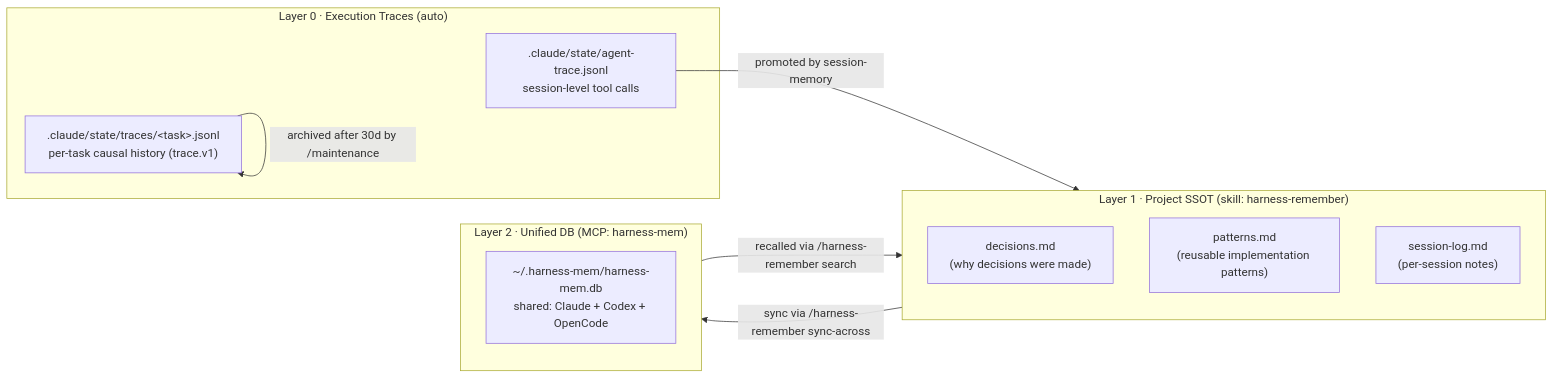
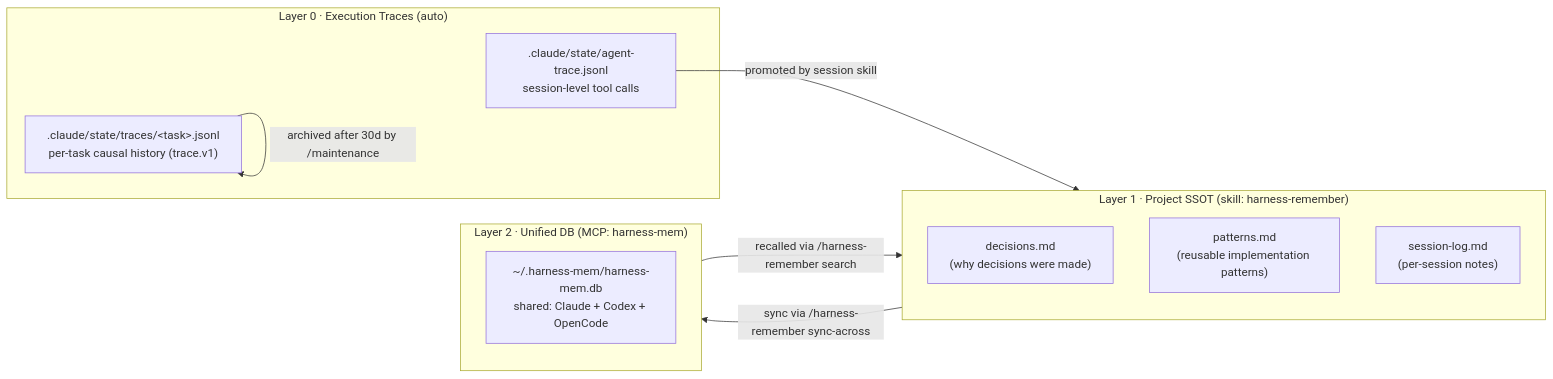
One commit to tim-hub/powerball-harness changed the fourth of 4 diagrams in harness/README.md. Above: the diagram before and after it, drawn with Mermaid. The commit also changed other lines of this file and 1 other file, not shown here.

Commit message:
chore: remove stale skill references from catalog — principles, session-state, session-memory never existed

````diff
--- a/harness/README.md
+++ b/harness/README.md
@@ -190,20 +190,20 @@
 ```mermaid
 flowchart LR
     subgraph L0["Layer 0 · Execution Traces (auto)"]
         AT[".claude/state/agent-trace.jsonl\nsession-level tool calls"]
         TT[".claude/state/traces/&lt;task&gt;.jsonl\nper-task causal history (trace.v1)"]
     end
     subgraph L1["Layer 1 · Project SSOT (skill: harness-remember)"]
         DEC2["decisions.md\n(why decisions were made)"]
         PAT["patterns.md\n(reusable implementation patterns)"]
         SL["session-log.md\n(per-session notes)"]
     end
     subgraph L2["Layer 2 · Unified DB (MCP: harness-mem)"]
         DB["~/.harness-mem/harness-mem.db\nshared: Claude + Codex + OpenCode"]
     end
 
-    AT -->|promoted by session-memory| L1
+    AT -->|promoted by session skill| L1
     TT -->|archived after 30d by /maintenance| TT
     L1 -->|sync via /harness-remember sync-across| L2
     L2 -->|recalled via /harness-remember search| L1
 ```
````
